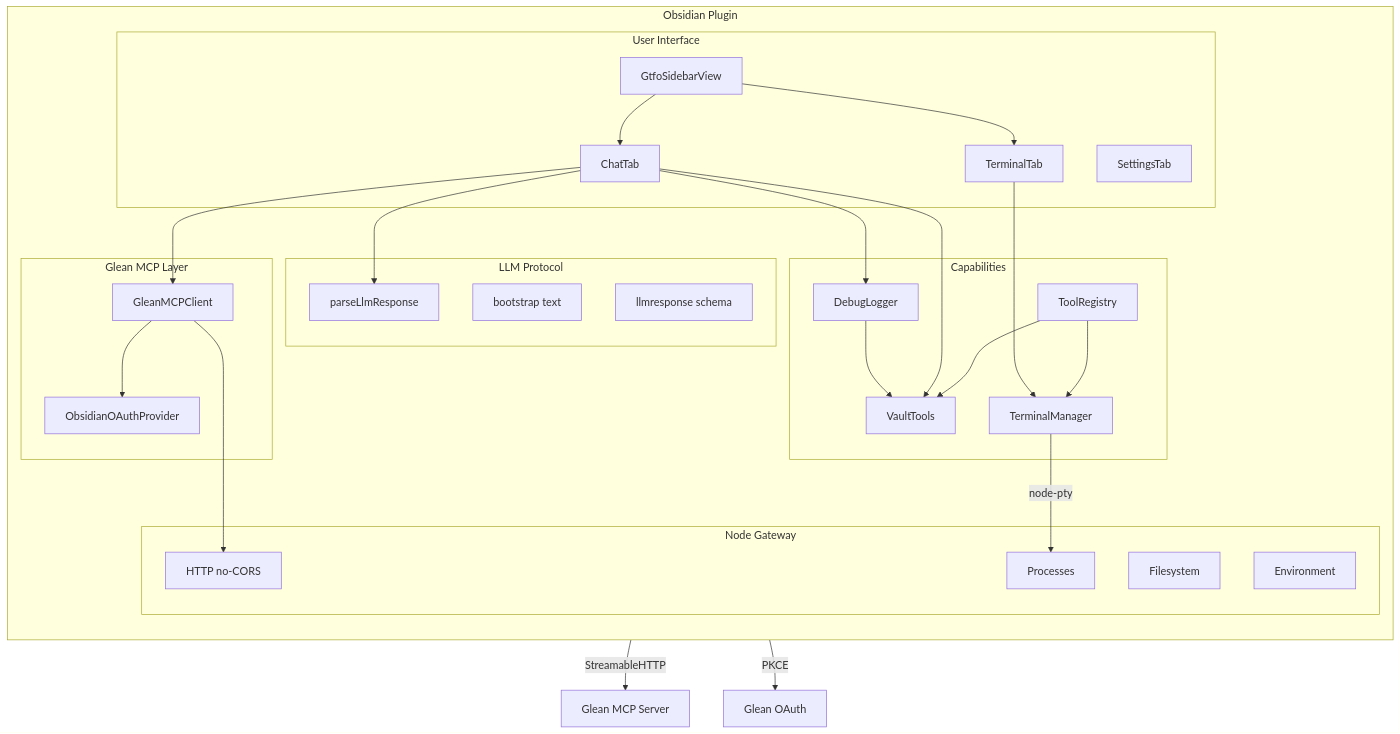
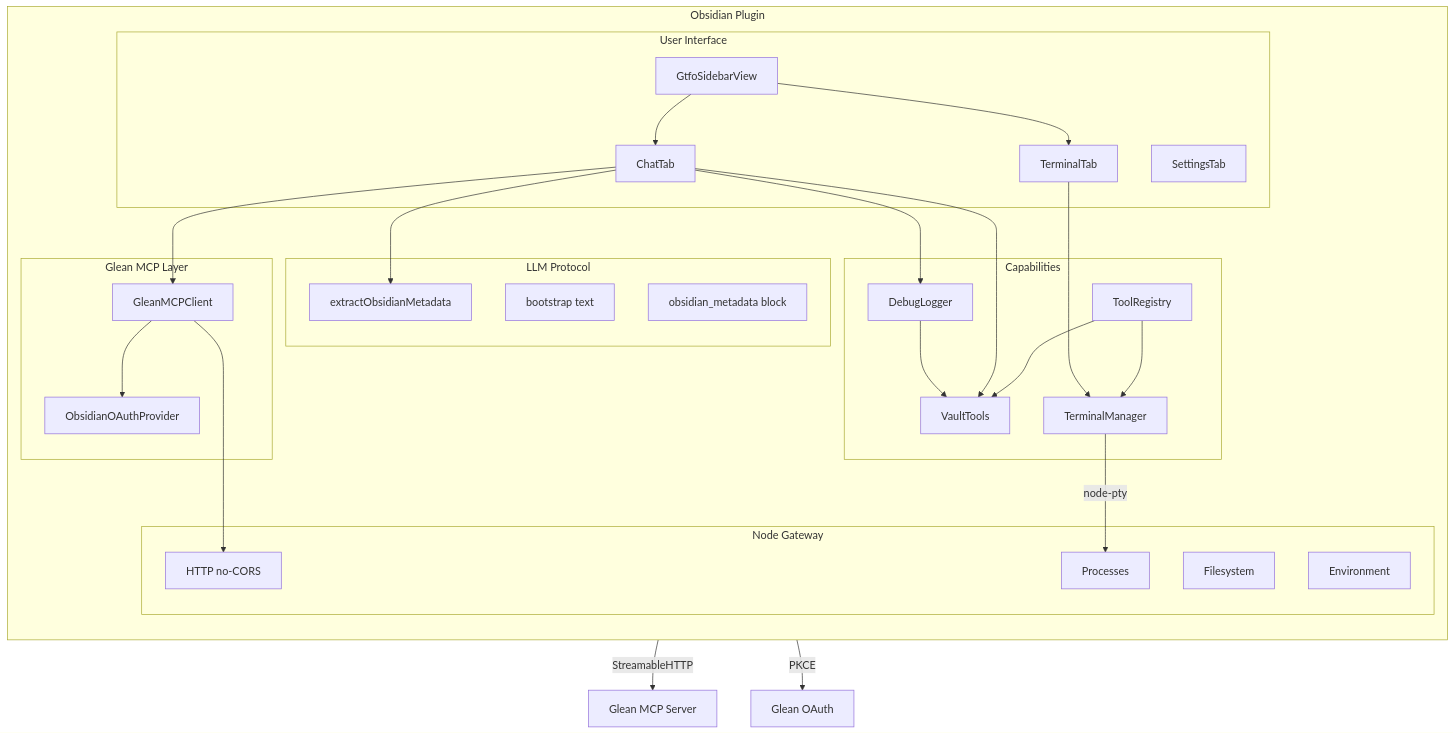
The diagram in docs/architecture.md (patrick-glean/gtfo), drawn with Mermaid before and after one commit. The commit also changed other lines of this file and 9 other files, not shown here.

````diff
--- a/docs/architecture.md
+++ b/docs/architecture.md
@@ -7,55 +7,55 @@
 ```mermaid
 graph TD
     subgraph obsidian [Obsidian Plugin]
         direction TB
 
         subgraph ui [User Interface]
             Sidebar[GtfoSidebarView]
             ChatTab[ChatTab]
             TermTab[TerminalTab]
             Settings[SettingsTab]
             Sidebar --> ChatTab
             Sidebar --> TermTab
         end
 
         subgraph llm [LLM Protocol]
             Bootstrap[bootstrap text]
-            Parser[parseLlmResponse]
-            Protocol[llmresponse schema]
+            Parser[extractObsidianMetadata]
+            Protocol[obsidian_metadata block]
         end
 
         subgraph tools [Capabilities]
             Registry[ToolRegistry]
             Vault[VaultTools]
             PTY[TerminalManager]
             Debug[DebugLogger]
             Registry --> Vault
             Registry --> PTY
         end
 
         subgraph gateway [Node Gateway]
             HTTP[HTTP no-CORS]
             FS[Filesystem]
             Proc[Processes]
             Env[Environment]
         end
 
         subgraph mcp [Glean MCP Layer]
             Client[GleanMCPClient]
             OAuth[ObsidianOAuthProvider]
         end
 
         ChatTab --> Parser
         ChatTab --> Client
         ChatTab --> Vault
         ChatTab --> Debug
         TermTab --> PTY
         Client --> HTTP
         Client --> OAuth
         PTY -->|node-pty| Proc
         Debug --> Vault
     end
 
     Client -->|StreamableHTTP| MCPServer[Glean MCP Server]
     OAuth -->|PKCE| AuthServer[Glean OAuth]
 ```
````
